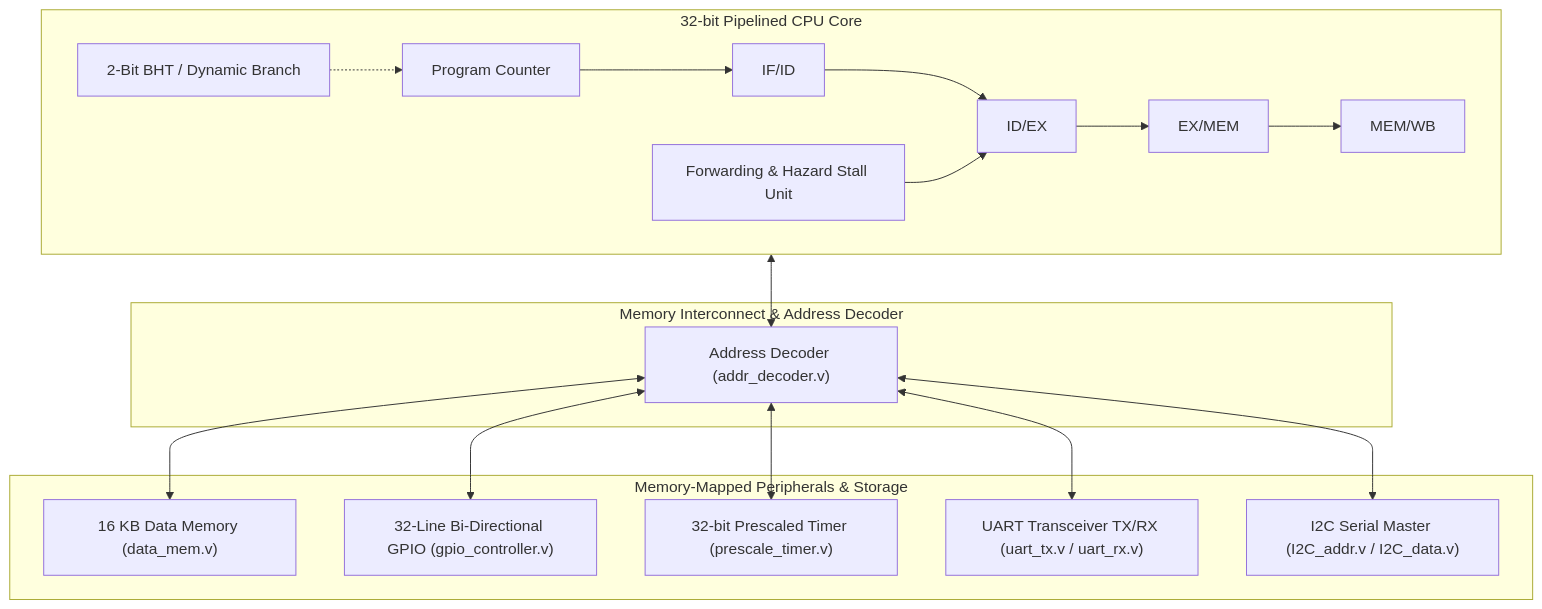
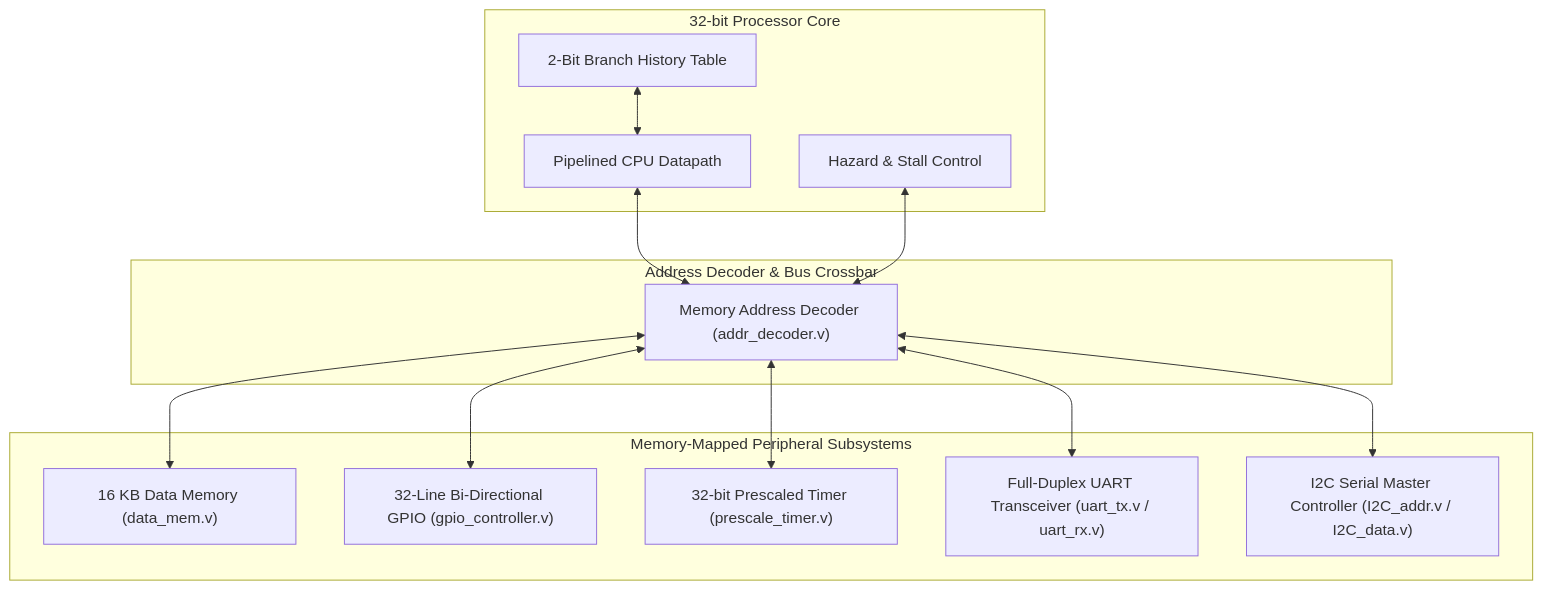
Before and after one commit to shausindustries/M32_MCU: the diagram in README.md, drawn with Mermaid. The commit also changed other lines of this file, not shown here.

````diff
--- a/README.md
+++ b/README.md
@@ -26,30 +54,30 @@
 ```mermaid
 graph TD
-    subgraph Core ["32-bit Pipelined CPU Core"]
-        PC["Program Counter"] --> IF_ID["IF/ID"]
-        IF_ID --> ID_EX["ID/EX"]
-        ID_EX --> EX_MEM["EX/MEM"]
-        EX_MEM --> MEM_WB["MEM/WB"]
-        BHT["2-Bit BHT / Dynamic Branch"] -.-> PC
-        FWD["Forwarding & Hazard Stall Unit"] --> ID_EX
+    subgraph Core ["32-bit Processor Core"]
+        CPU["Pipelined CPU Datapath"]
+        CTRL["Hazard & Stall Control"]
+        BHT["2-Bit Branch History Table"]
     end
 
-    subgraph Bus ["Memory Interconnect & Address Decoder"]
-        DEC["Address Decoder (addr_decoder.v)"]
+    subgraph Interconnect ["Address Decoder & Bus Crossbar"]
+        DEC["Memory Address Decoder (addr_decoder.v)"]
     end
 
-    subgraph Subsystems ["Memory-Mapped Peripherals & Storage"]
+    subgraph Peripherals ["Memory-Mapped Peripheral Subsystems"]
         RAM["16 KB Data Memory (data_mem.v)"]
         GPIO["32-Line Bi-Directional GPIO (gpio_controller.v)"]
         TIMER["32-bit Prescaled Timer (prescale_timer.v)"]
-        UART["UART Transceiver TX/RX (uart_tx.v / uart_rx.v)"]
-        I2C["I2C Serial Master (I2C_addr.v / I2C_data.v)"]
+        UART["Full-Duplex UART Transceiver (uart_tx.v / uart_rx.v)"]
+        I2C["I2C Serial Master Controller (I2C_addr.v / I2C_data.v)"]
     end
 
-    Core <--> DEC
+    CPU <--> DEC
+    CTRL <--> DEC
+    BHT <--> CPU
+    
     DEC <--> RAM
     DEC <--> GPIO
     DEC <--> TIMER
     DEC <--> UART
     DEC <--> I2C
 ```
````
